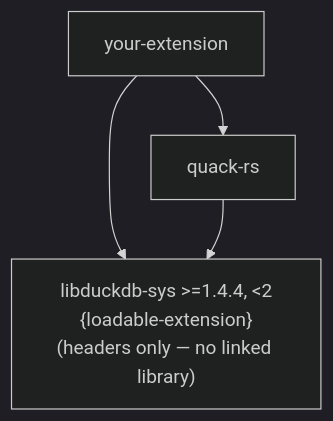
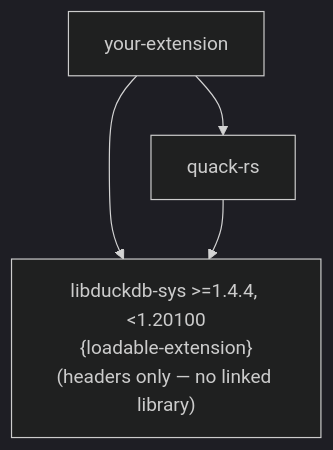
One commit to tomtom215/quack-rs changed the diagram in book/src/concepts/anatomy.md. Above: the diagram before and after it, drawn with Mermaid (dark theme). The commit also changed other lines of this file and 261 other files, not shown here.

````diff
--- a/book/src/concepts/anatomy.md
+++ b/book/src/concepts/anatomy.md
@@ -85,10 +87,10 @@
 ```mermaid
 graph TD
     EXT["your-extension"]
     QR["quack-rs"]
-    LDS["libduckdb-sys >=1.4.4, <2<br/>{loadable-extension}<br/>(headers only — no linked library)"]
+    LDS["libduckdb-sys >=1.4.4, <1.20100<br/>{loadable-extension}<br/>(headers only — no linked library)"]
 
     EXT --> QR
     EXT --> LDS
     QR  --> LDS
 ```
````
